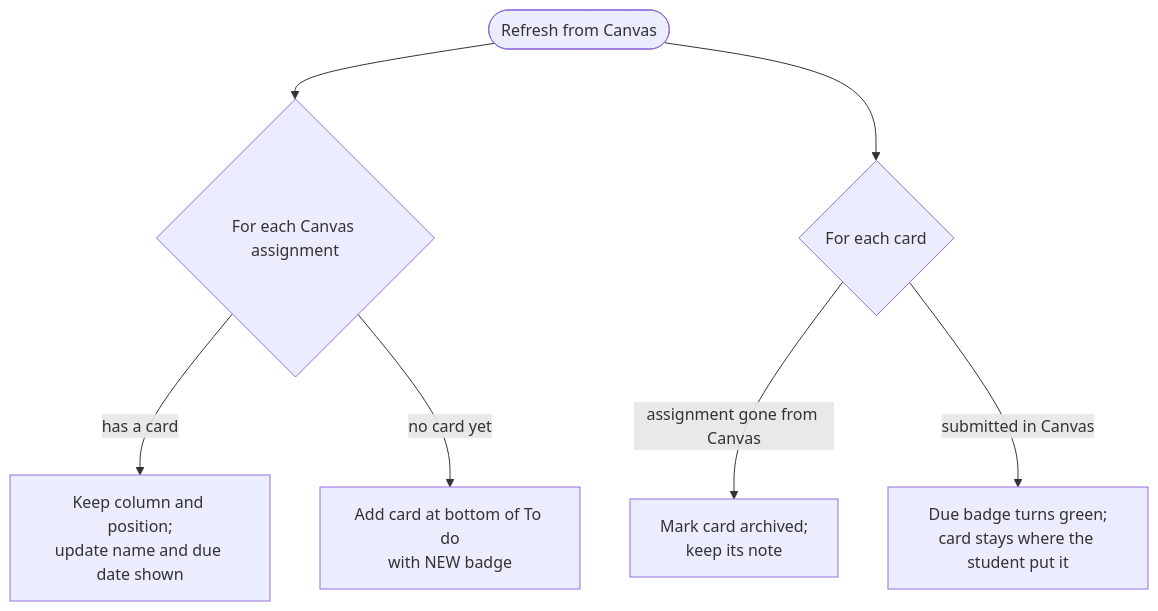
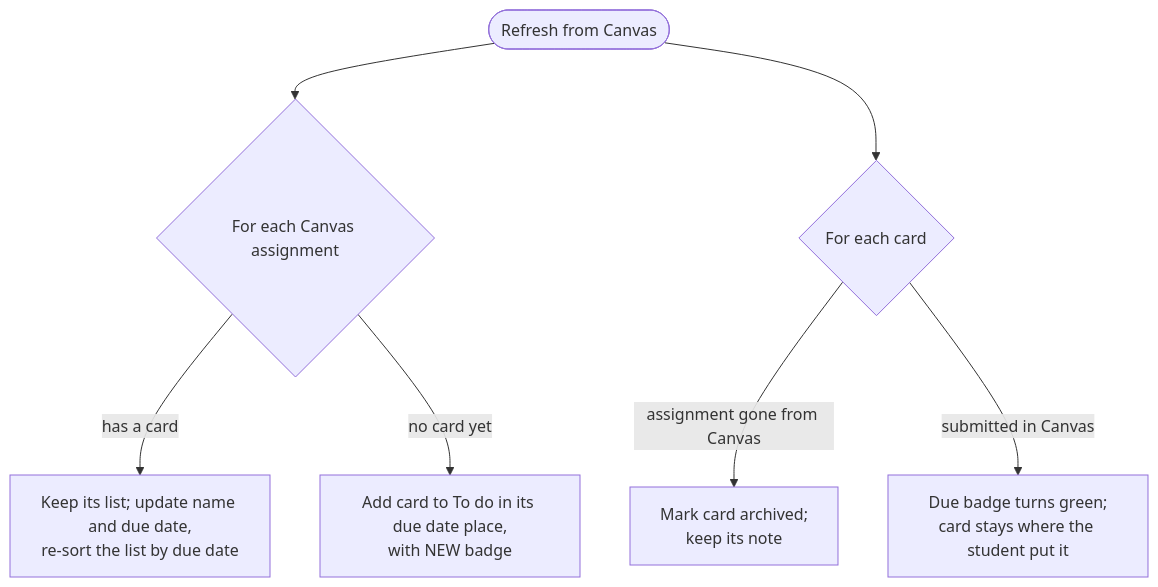
One commit to bbranton/TestProj changed the sixth of 9 diagrams in docs/canvas-portal/04-wireframes-workflows.md. Above: the diagram before and after it, drawn with Mermaid. The commit also changed other lines of this file and 4 other files, not shown here.

First line of the commit message:
Always sort cards by due date within each list (FR-38)

````diff
--- a/docs/canvas-portal/04-wireframes-workflows.md
+++ b/docs/canvas-portal/04-wireframes-workflows.md
@@ -416,9 +419,9 @@
 ```mermaid
 flowchart TD
     A([Refresh from Canvas]) --> B{For each Canvas assignment}
-    B -- has a card --> C[Keep column and position;<br/>update name and due date shown]
-    B -- no card yet --> D[Add card at bottom of To do<br/>with NEW badge]
+    B -- has a card --> C[Keep its list; update name and due date,<br/>re-sort the list by due date]
+    B -- no card yet --> D[Add card to To do in its due date place,<br/>with NEW badge]
     A --> E{For each card}
     E -- assignment gone from Canvas --> F[Mark card archived;<br/>keep its note]
     E -- submitted in Canvas --> G[Due badge turns green;<br/>card stays where the student put it]
 ```
````
